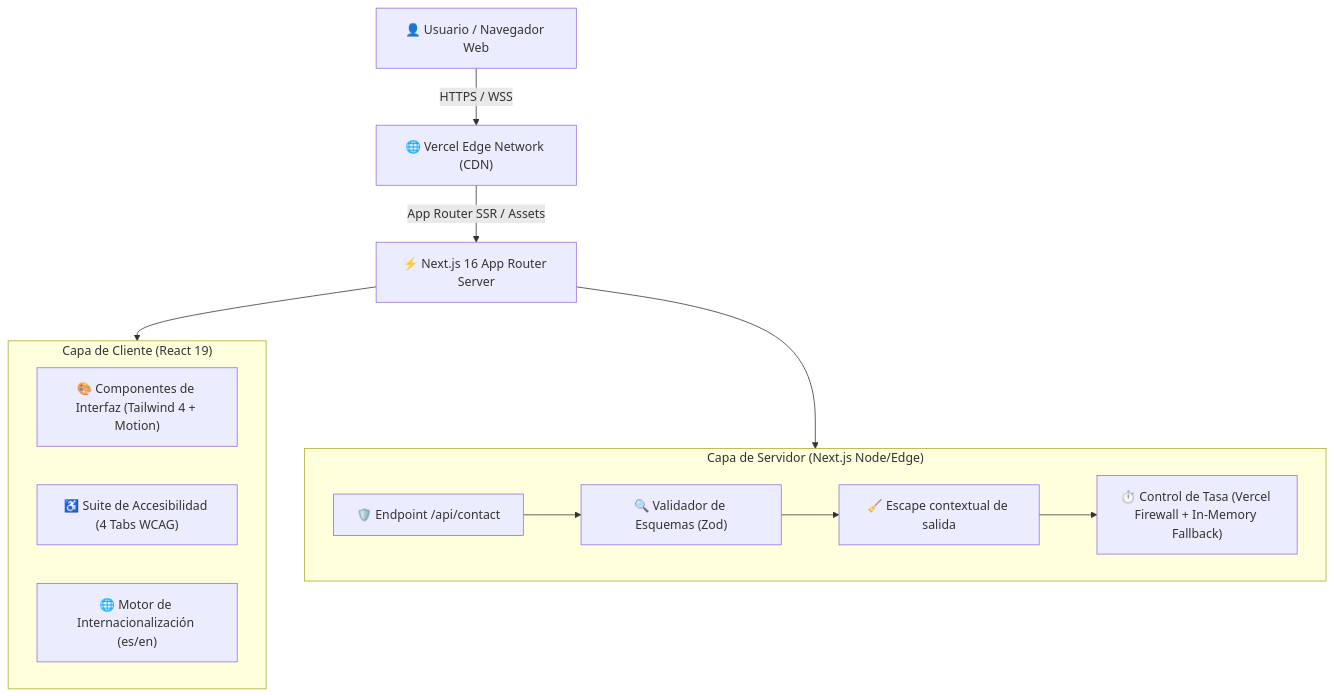
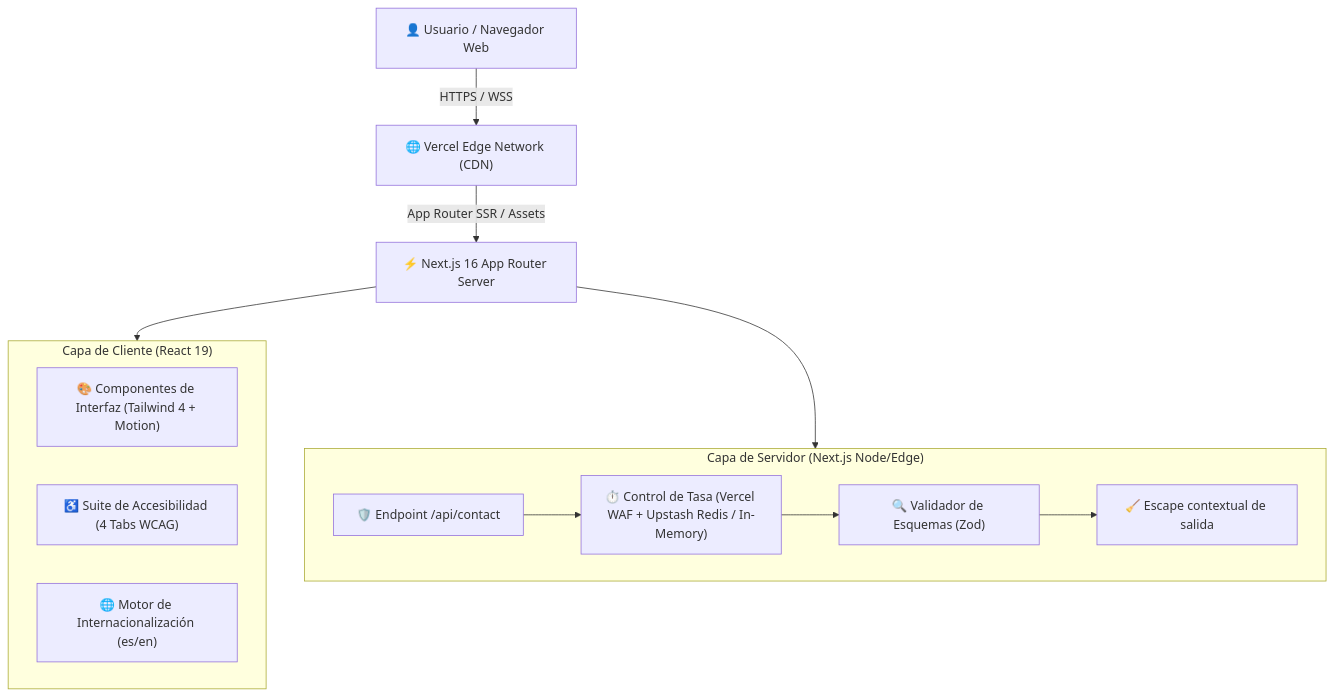
Before and after one commit to TuMyXx93/portfolio: the diagram in docs/architecture/ARCHITECTURE.md, drawn with Mermaid. The commit also changed other lines of this file and 42 other files, not shown here.

Commit message:
chore(cleanup,docs): remove dead components/hooks and align architecture & security docs

````diff
--- a/docs/architecture/ARCHITECTURE.md
+++ b/docs/architecture/ARCHITECTURE.md
@@ -9,22 +9,22 @@
 ```mermaid
 graph TD
     User["👤 Usuario / Navegador Web"] -->|HTTPS / WSS| VercelEdge["🌐 Vercel Edge Network (CDN)"]
     VercelEdge -->|App Router SSR / Assets| NextServer["⚡ Next.js 16 App Router Server"]
 
     subgraph ClientLayer ["Capa de Cliente (React 19)"]
         UIComponents["🎨 Componentes de Interfaz (Tailwind 4 + Motion)"]
         AccessSuite["♿ Suite de Accesibilidad (4 Tabs WCAG)"]
         I18nEngine["🌐 Motor de Internacionalización (es/en)"]
     end
 
     subgraph ServerLayer ["Capa de Servidor (Next.js Node/Edge)"]
         APIContact["🛡️ Endpoint /api/contact"]
+        RateLimiter["⏱️ Control de Tasa (Vercel WAF + Upstash Redis / In-Memory)"]
         ZodValidator["🔍 Validador de Esquemas (Zod)"]
-    Sanitizer["🧹 Escape contextual de salida"]
-        RateLimiter["⏱️ Control de Tasa (Vercel Firewall + In-Memory Fallback)"]
+        Sanitizer["🧹 Escape contextual de salida"]
     end
 
     NextServer --> ClientLayer
     NextServer --> ServerLayer
-    APIContact --> ZodValidator --> Sanitizer --> RateLimiter
+    APIContact --> RateLimiter --> ZodValidator --> Sanitizer
 ```
````
